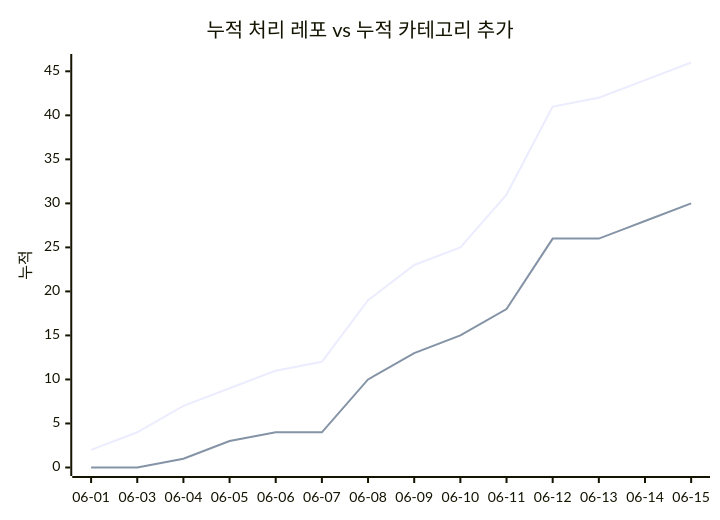
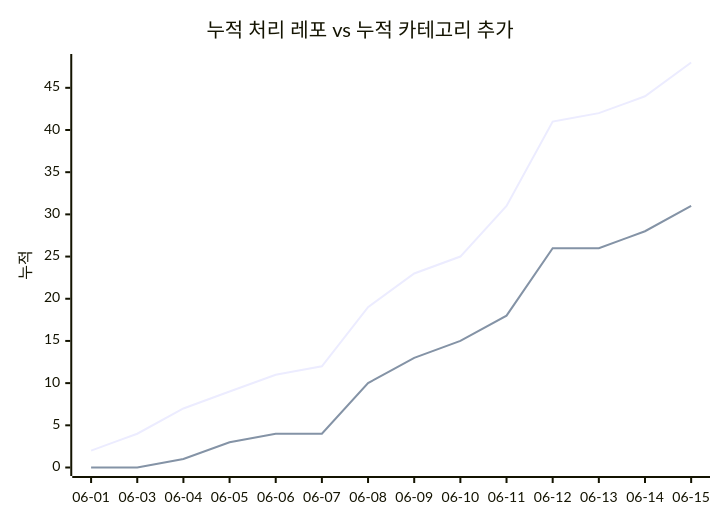
Before and after one commit to J-nowcow/awesome-korean-agent-skills: the second of 2 diagrams in docs/trends.md, drawn with Mermaid. The commit also changed other lines of this file and 4 other files, not shown here.

````diff
--- a/docs/trends.md
+++ b/docs/trends.md
@@ -68,8 +68,8 @@
 ```mermaid
 xychart-beta
     title "누적 처리 레포 vs 누적 카테고리 추가"
     x-axis ["06-01","06-03","06-04","06-05","06-06","06-07","06-08","06-09","06-10","06-11","06-12","06-13","06-14","06-15"]
     y-axis "누적"
-    line [2,4,7,9,11,12,19,23,25,31,41,42,44,46]
-    line [0,0,1,3,4,4,10,13,15,18,26,26,28,30]
+    line [2,4,7,9,11,12,19,23,25,31,41,42,44,48]
+    line [0,0,1,3,4,4,10,13,15,18,26,26,28,31]
 ```
````
